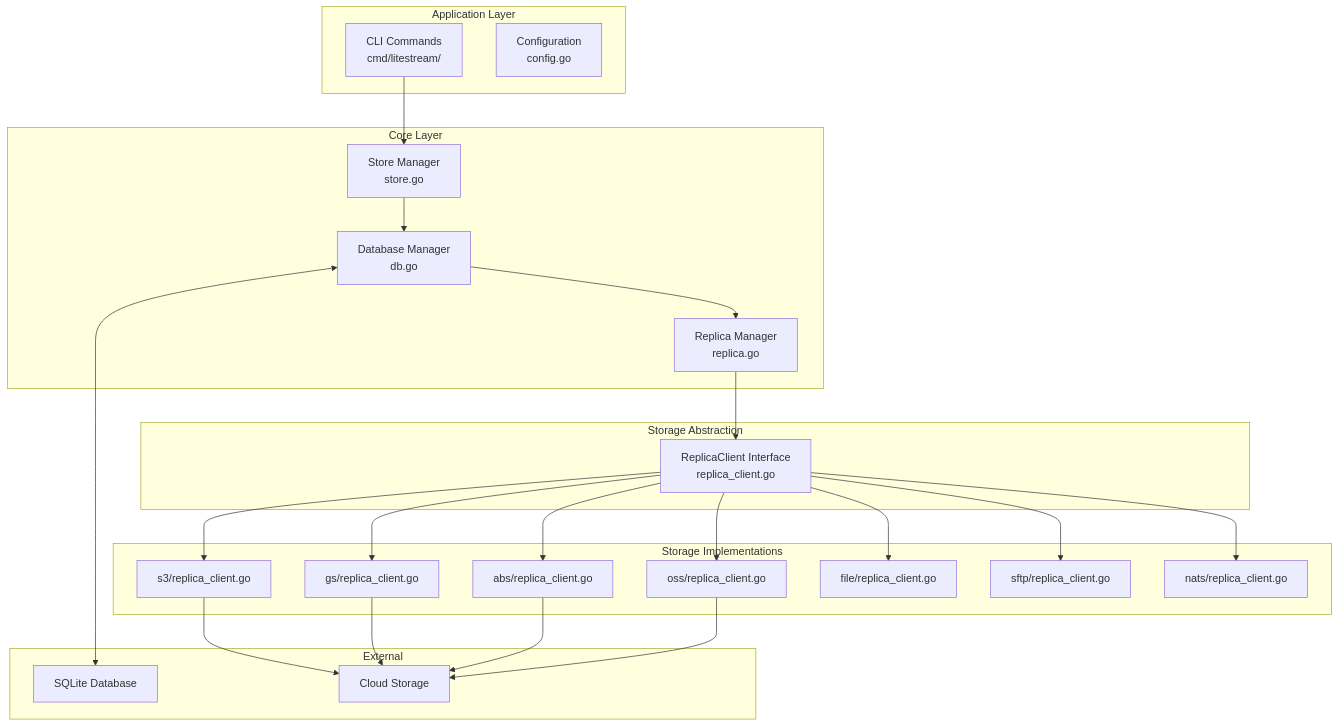
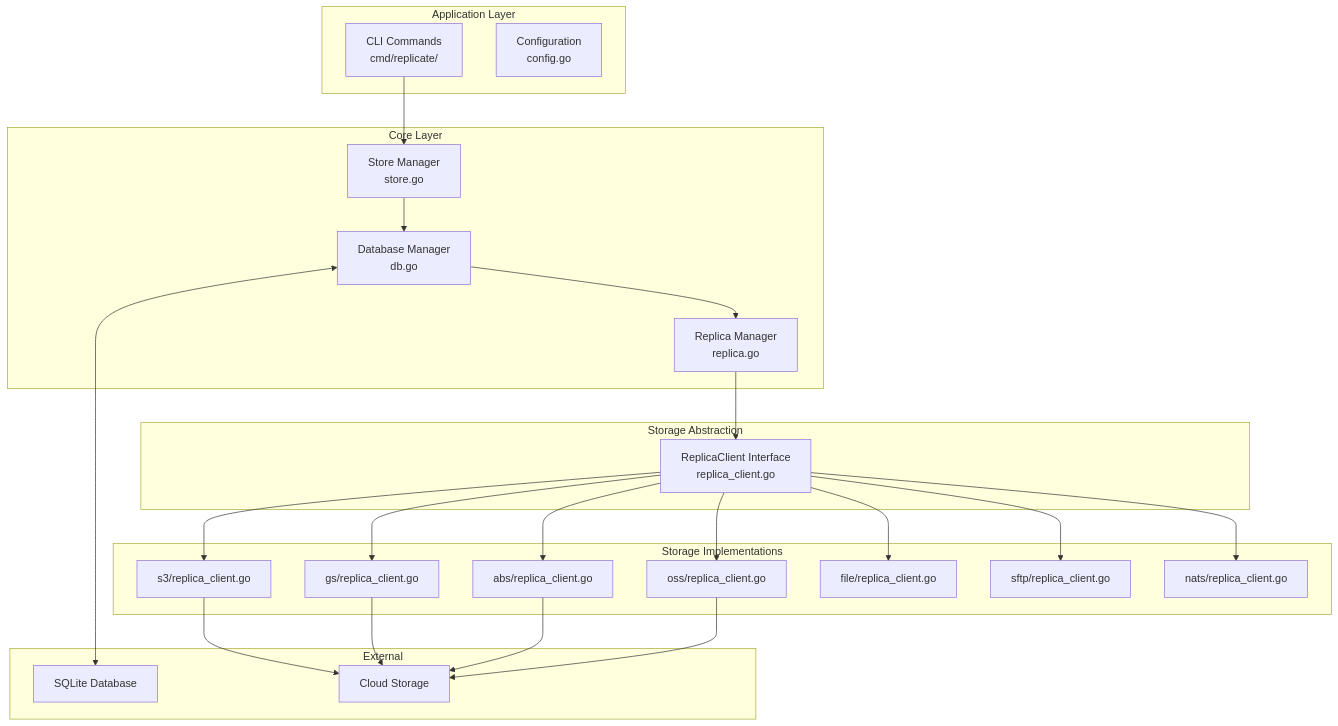
The first of 4 diagrams in docs/ARCHITECTURE.md (hanzoai/replicate), drawn with Mermaid before and after one commit. The commit also changed other lines of this file and 262 other files, not shown here.

First line of the commit message:
rebrand: complete litestream -> replicate rename

````diff
--- a/docs/ARCHITECTURE.md
+++ b/docs/ARCHITECTURE.md
@@ -22,49 +22,49 @@
 ```mermaid
 graph TB
     subgraph "Application Layer"
-        CLI[CLI Commands<br/>cmd/litestream/]
+        CLI[CLI Commands<br/>cmd/replicate/]
         Config[Configuration<br/>config.go]
     end
 
     subgraph "Core Layer"
         Store[Store Manager<br/>store.go]
         DB[Database Manager<br/>db.go]
         Replica[Replica Manager<br/>replica.go]
     end
 
     subgraph "Storage Abstraction"
         RC[ReplicaClient Interface<br/>replica_client.go]
     end
 
     subgraph "Storage Implementations"
         S3[s3/replica_client.go]
         GCS[gs/replica_client.go]
         ABS[abs/replica_client.go]
         OSS[oss/replica_client.go]
         File[file/replica_client.go]
         SFTP[sftp/replica_client.go]
         NATS[nats/replica_client.go]
     end
 
     subgraph "External"
         SQLite[SQLite Database]
         Cloud[Cloud Storage]
     end
 
     CLI --> Store
     Store --> DB
     DB --> Replica
     Replica --> RC
     RC --> S3
     RC --> GCS
     RC --> ABS
     RC --> OSS
     RC --> File
     RC --> SFTP
     RC --> NATS
     DB <--> SQLite
     S3 --> Cloud
     GCS --> Cloud
     ABS --> Cloud
     OSS --> Cloud
 ```
````
